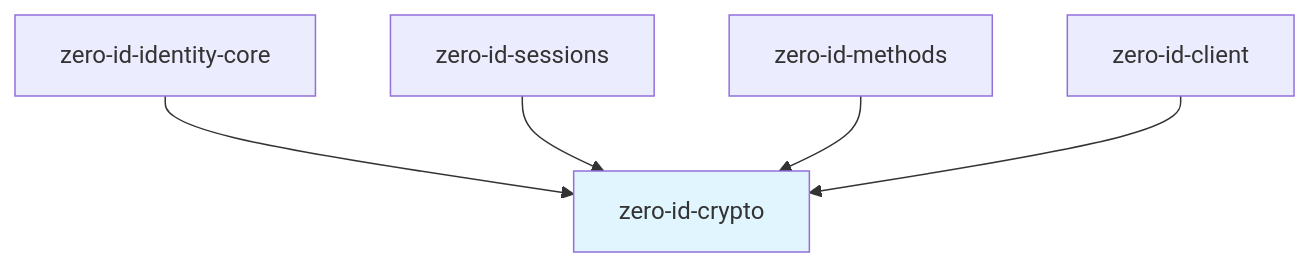
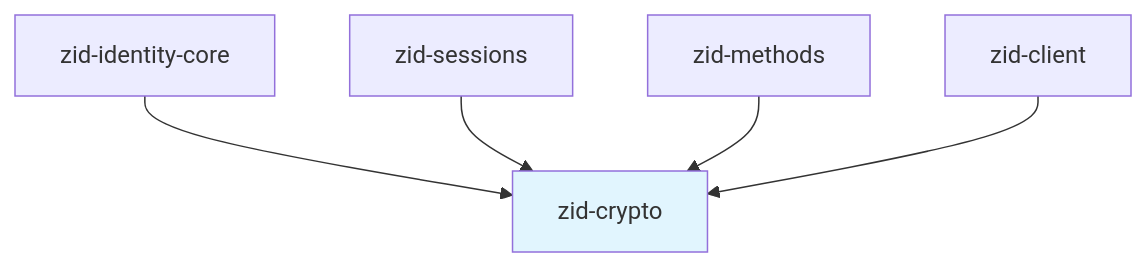
The first of 6 diagrams in docs/spec/v0.1/01-crypto.md (cypher-asi/zero-auth), drawn with Mermaid before and after one commit. The commit also changed other lines of this file and 240 other files, not shown here.

Commit message:
refactor: shorten crate names from zero-id-* to zid-* prefix

````diff
--- a/docs/spec/v0.1/01-crypto.md
+++ b/docs/spec/v0.1/01-crypto.md
@@ -26,11 +26,11 @@
 ```mermaid
 graph TD
-    CRYPTO[zero-id-crypto]
+    CRYPTO[zid-crypto]
     
-    IDENTITY[zero-id-identity-core] --> CRYPTO
-    SESSIONS[zero-id-sessions] --> CRYPTO
-    METHODS[zero-id-methods] --> CRYPTO
-    CLIENT[zero-id-client] --> CRYPTO
+    IDENTITY[zid-identity-core] --> CRYPTO
+    SESSIONS[zid-sessions] --> CRYPTO
+    METHODS[zid-methods] --> CRYPTO
+    CLIENT[zid-client] --> CRYPTO
     
     style CRYPTO fill:#e1f5fe
 ```
````
